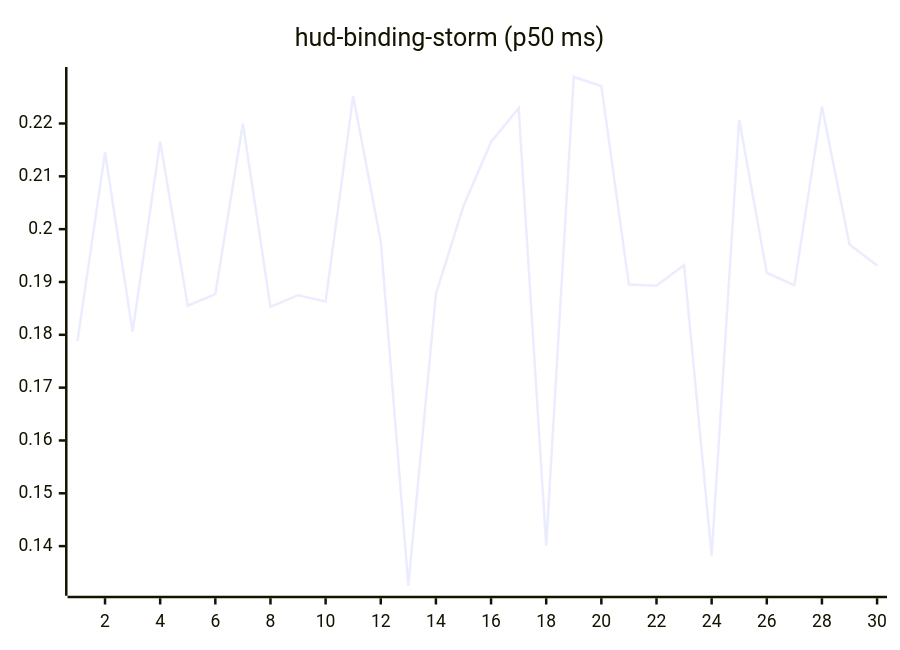
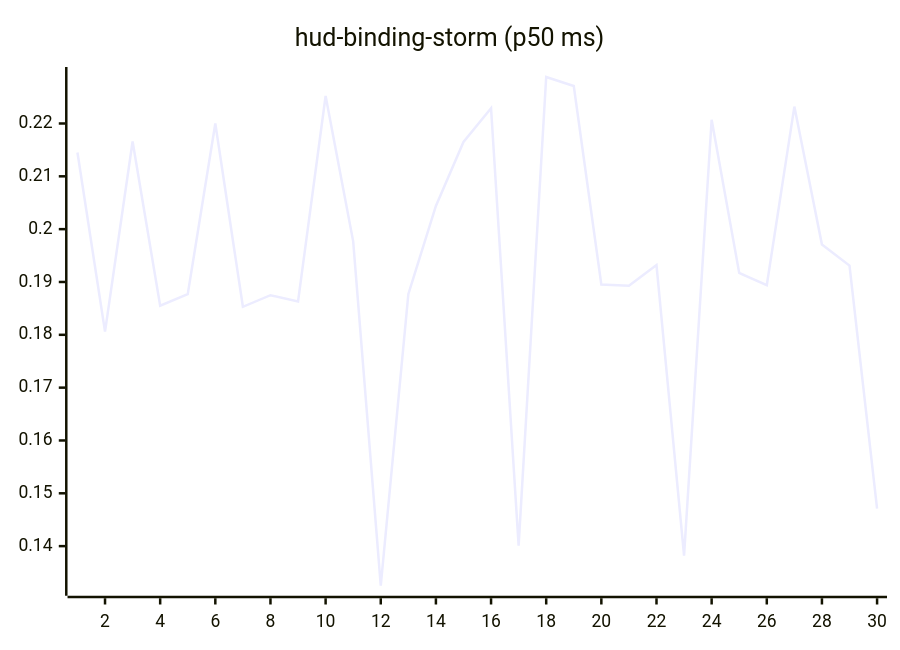
One commit to josha/Facet changed the tenth of 27 diagrams in README.md. Above: the diagram before and after it, drawn with Mermaid. The commit also changed other lines of this file and 2 other files, not shown here.

````diff
--- a/README.md
+++ b/README.md
@@ -126,6 +126,6 @@
 ```mermaid
 xychart-beta
     title "hud-binding-storm (p50 ms)"
     x-axis 1 --> 30
-    line [0.1788, 0.2145, 0.1806, 0.2166, 0.1855, 0.1877, 0.2200, 0.1853, 0.1875, 0.1863, 0.2252, 0.1977, 0.1325, 0.1877, 0.2044, 0.2165, 0.2229, 0.1401, 0.2288, 0.2271, 0.1895, 0.1893, 0.1932, 0.1382, 0.2207, 0.1917, 0.1894, 0.2232, 0.1971, 0.1931]
+    line [0.2145, 0.1806, 0.2166, 0.1855, 0.1877, 0.2200, 0.1853, 0.1875, 0.1863, 0.2252, 0.1977, 0.1325, 0.1877, 0.2044, 0.2165, 0.2229, 0.1401, 0.2288, 0.2271, 0.1895, 0.1893, 0.1932, 0.1382, 0.2207, 0.1917, 0.1894, 0.2232, 0.1971, 0.1931, 0.1471]
 ```
````
